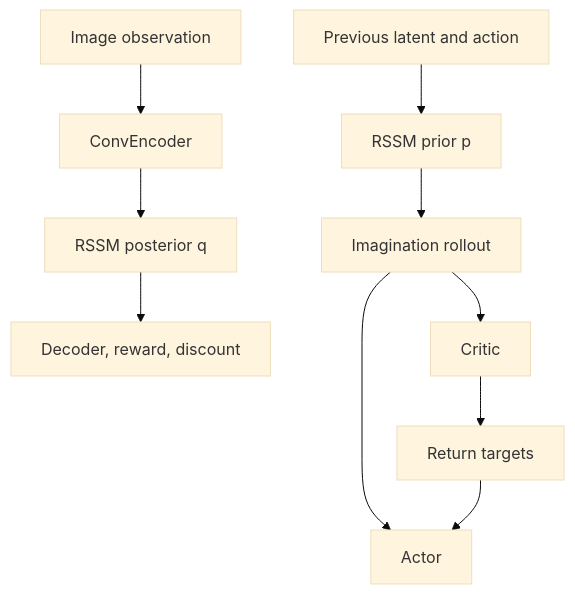
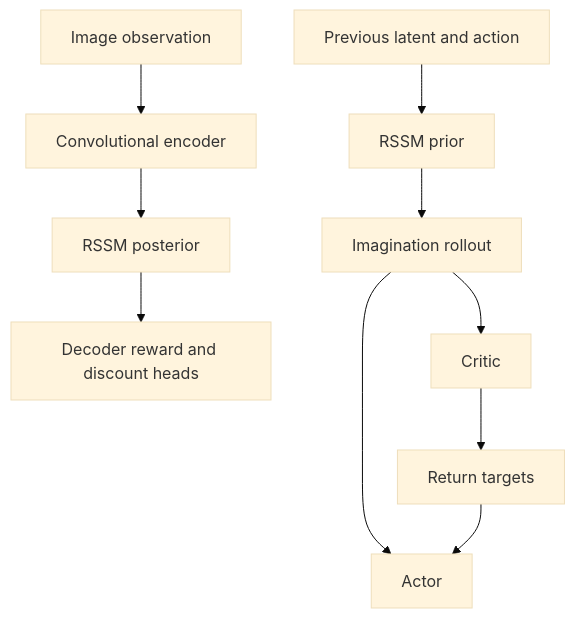
The second of 3 diagrams in docs/source/world_models_guide.md (ParamThakkar123/torchwm), drawn with Mermaid (base theme) before and after one commit. The commit also changed other lines of this file and 5 other files, not shown here.

Commit message:
Use Mermaid 10.4-safe diagram syntax

````diff
--- a/docs/source/world_models_guide.md
+++ b/docs/source/world_models_guide.md
@@ -79,12 +79,12 @@
 ```{mermaid}
 graph TD
-    A[Image observation] --> B[ConvEncoder]
-    B --> C[RSSM posterior q]
-    D[Previous latent and action] --> E[RSSM prior p]
-    C --> F[Decoder, reward, discount]
-    E --> G[Imagination rollout]
-    G --> H[Actor]
-    G --> I[Critic]
-    I --> J[Return targets]
+    A["Image observation"] --> B["Convolutional encoder"]
+    B --> C["RSSM posterior"]
+    D["Previous latent and action"] --> E["RSSM prior"]
+    C --> F["Decoder reward and discount heads"]
+    E --> G["Imagination rollout"]
+    G --> H["Actor"]
+    G --> I["Critic"]
+    I --> J["Return targets"]
     J --> H
 ```
````
